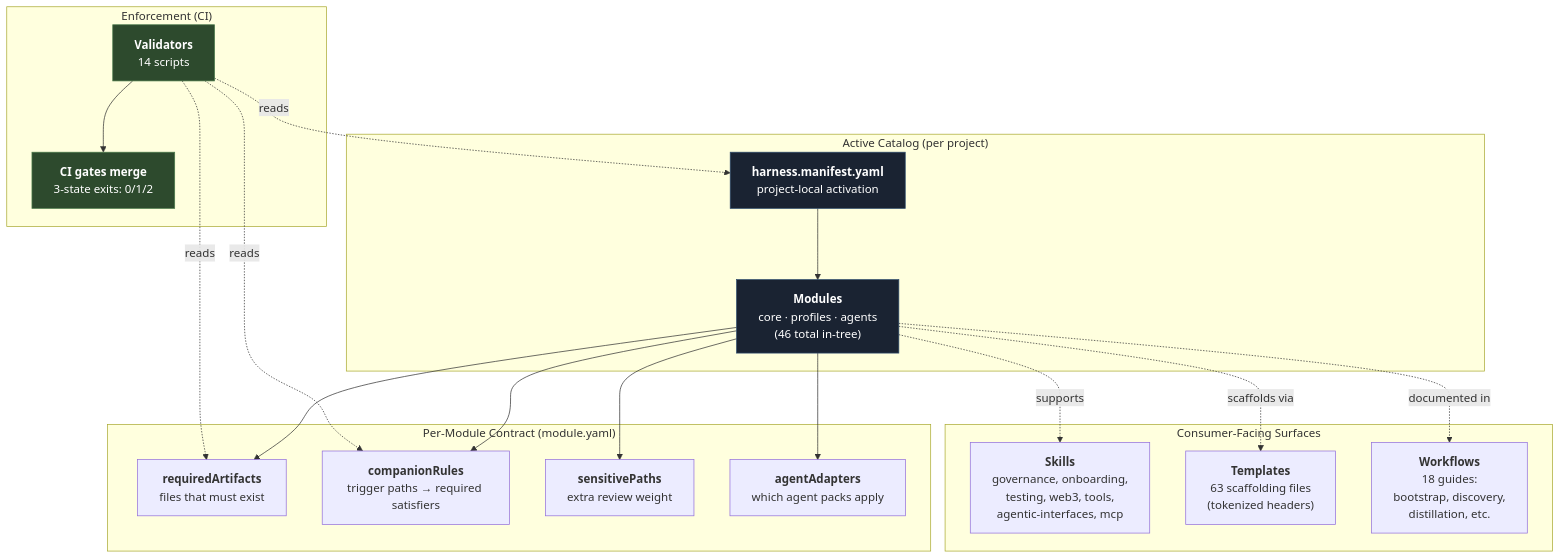
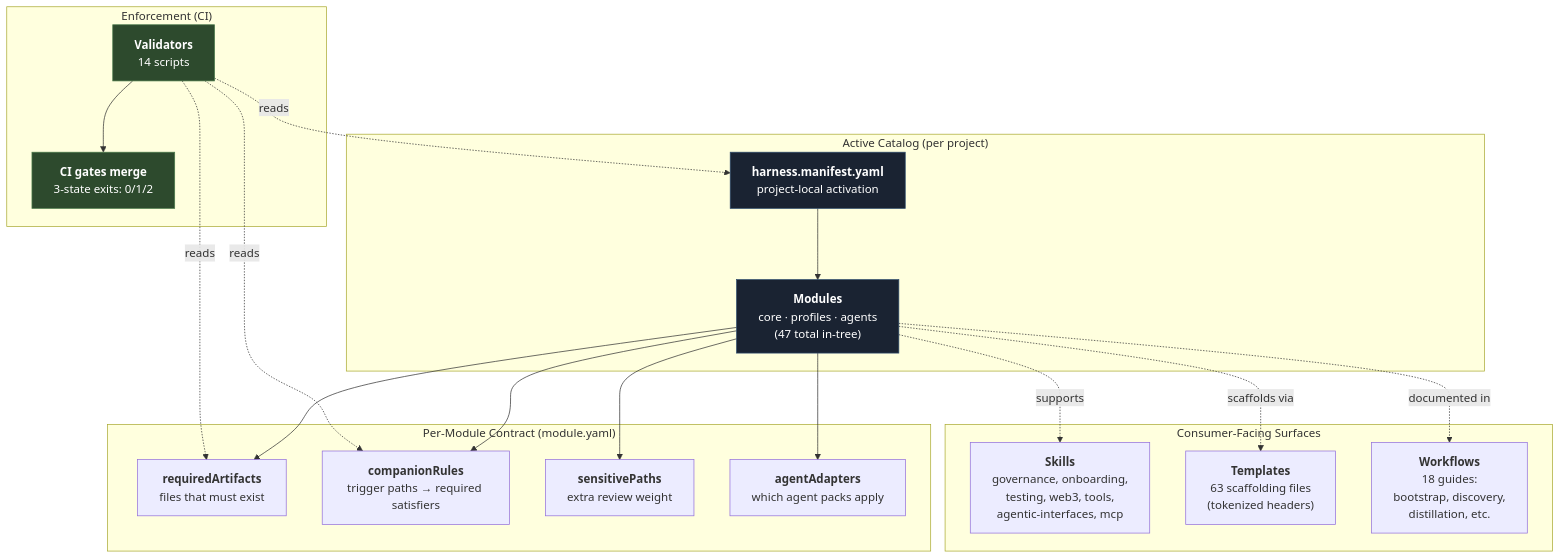
Before and after one commit to unclenate/auto-harness: the first of 11 diagrams in docs/architecture/diagrams.md, drawn with Mermaid. The commit also changed 3 other files, not shown here.

````diff
--- a/docs/architecture/diagrams.md
+++ b/docs/architecture/diagrams.md
@@ -48,38 +48,38 @@
 ```mermaid
 flowchart TD
     Manifest["<b>harness.manifest.yaml</b><br/>project-local activation"]
 
     subgraph CATALOG["Active Catalog (per project)"]
-        Manifest --> Modules["<b>Modules</b><br/>core · profiles · agents<br/>(46 total in-tree)"]
+        Manifest --> Modules["<b>Modules</b><br/>core · profiles · agents<br/>(47 total in-tree)"]
     end
 
     subgraph CONTRACT["Per-Module Contract (module.yaml)"]
         Modules --> Required["<b>requiredArtifacts</b><br/>files that must exist"]
         Modules --> Companions["<b>companionRules</b><br/>trigger paths → required satisfiers"]
         Modules --> Sensitive["<b>sensitivePaths</b><br/>extra review weight"]
         Modules --> Adapters["<b>agentAdapters</b><br/>which agent packs apply"]
     end
 
     subgraph ENFORCE["Enforcement (CI)"]
         Validators["<b>Validators</b><br/>14 scripts"]
         Validators -.reads.-> Manifest
         Validators -.reads.-> Required
         Validators -.reads.-> Companions
         Validators --> CIGate["<b>CI gates merge</b><br/>3-state exits: 0/1/2"]
     end
 
     subgraph SURFACE["Consumer-Facing Surfaces"]
         Skills["<b>Skills</b><br/>governance, onboarding,<br/>testing, web3, tools,<br/>agentic-interfaces, mcp"]
         Templates["<b>Templates</b><br/>63 scaffolding files<br/>(tokenized headers)"]
         Workflows["<b>Workflows</b><br/>18 guides:<br/>bootstrap, discovery,<br/>distillation, etc."]
     end
 
     Modules -.supports.-> Skills
     Modules -.scaffolds via.-> Templates
     Modules -.documented in.-> Workflows
 
     style Manifest fill:#1a2332,stroke:#2c4a6b,color:#fff
     style Modules fill:#1a2332,stroke:#2c4a6b,color:#fff
     style Validators fill:#2d4a2d,stroke:#4a7a4a,color:#fff
     style CIGate fill:#2d4a2d,stroke:#4a7a4a,color:#fff
 ```
````
